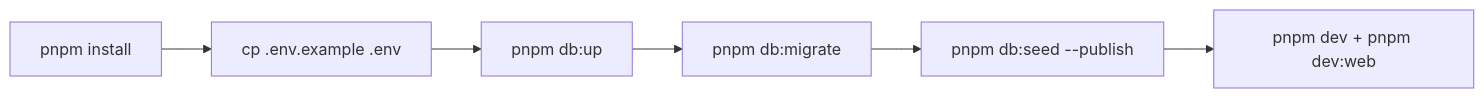
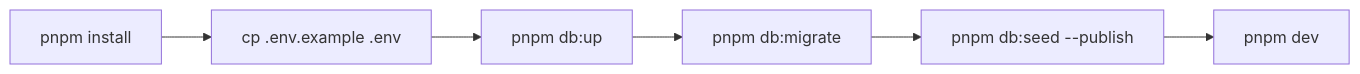
Before and after one commit to samceracas/wildbound: the first of 2 diagrams in docs/10-development-guide.md, drawn with Mermaid. The commit also changed other lines of this file and 21 other files, not shown here.

````diff
--- a/docs/10-development-guide.md
+++ b/docs/10-development-guide.md
@@ -39,4 +42,4 @@
 ```mermaid
 flowchart LR
-    i["pnpm install"] --> e["cp .env.example .env"] --> up["pnpm db:up"] --> m["pnpm db:migrate"] --> s["pnpm db:seed --publish"] --> d["pnpm dev + pnpm dev:web"]
+    i["pnpm install"] --> e["cp .env.example .env"] --> up["pnpm db:up"] --> m["pnpm db:migrate"] --> s["pnpm db:seed --publish"] --> d["pnpm dev"]
 ```
````
